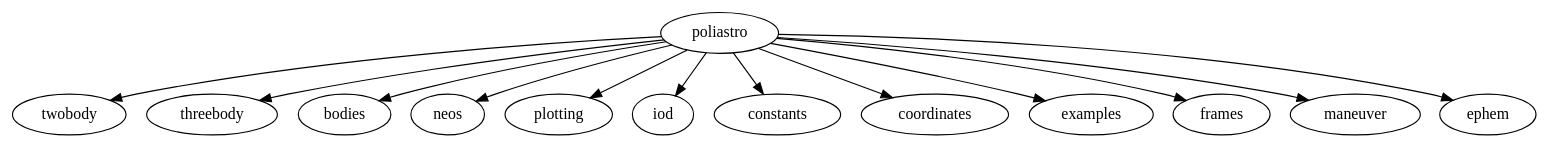
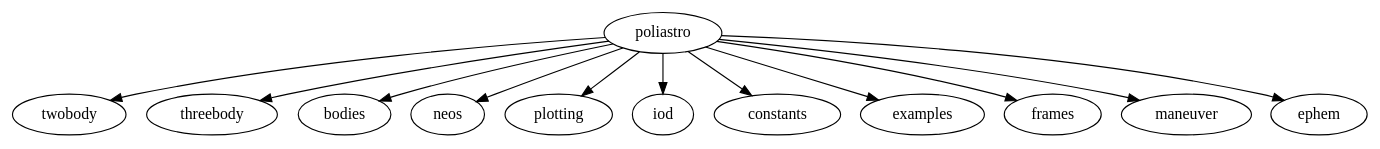
The diagram in docs/source/api/safe/safe_index.rst (poliastro/poliastro), drawn with Graphviz before and after one commit. The commit also changed other lines of this file and 3 other files, not shown here.

Commit message:
Remove unused poliastro.coordinates module

```diff
--- a/docs/source/api/safe/safe_index.rst
+++ b/docs/source/api/safe/safe_index.rst
@@ -9,7 +9,7 @@
 .. graphviz:: 
     
     digraph {
-        "poliastro" -> "twobody", "threebody", "bodies", "neos", "plotting", "iod", "constants", "coordinates", "examples", "frames",
+        "poliastro" -> "twobody", "threebody", "bodies", "neos", "plotting", "iod", "constants", "examples", "frames",
                        "maneuver", "ephem"
 
     }
```
